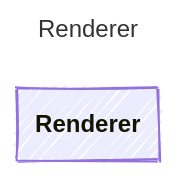
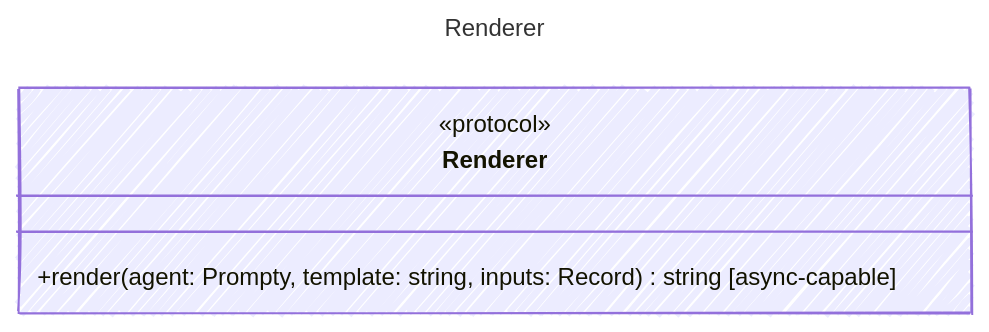
The diagram in web/src/content/docs/reference/Renderer.md (microsoft/prompty), drawn with Mermaid before and after one commit. The commit also changed other lines of this file and 524 other files, not shown here.

````diff
--- a/web/src/content/docs/reference/Renderer.md
+++ b/web/src/content/docs/reference/Renderer.md
@@ -11,13 +11,15 @@
 ```mermaid
 ---
 title: Renderer
 config:
   look: handDrawn
   theme: colorful
   class:
     hideEmptyMembersBox: true
 ---
 classDiagram
     class Renderer {
+      <<protocol>>
+        +render(agent: Prompty, template: string, inputs: Record<unknown>) string [async-capable]
     }
 ```
````
